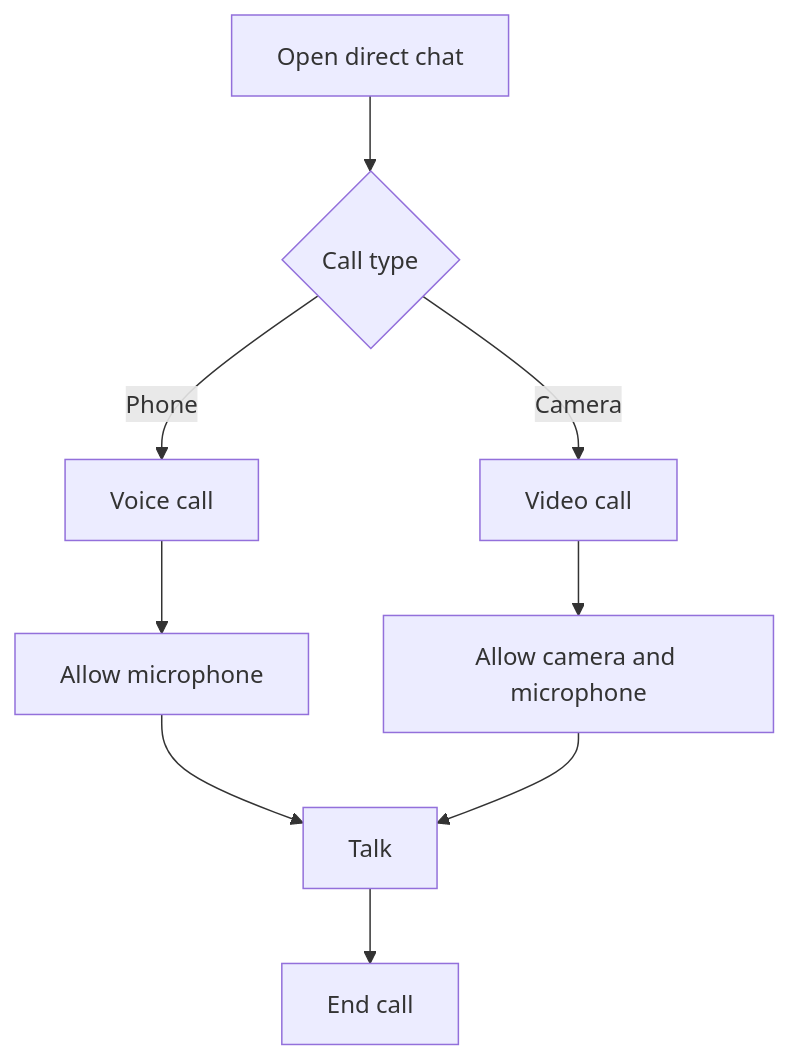
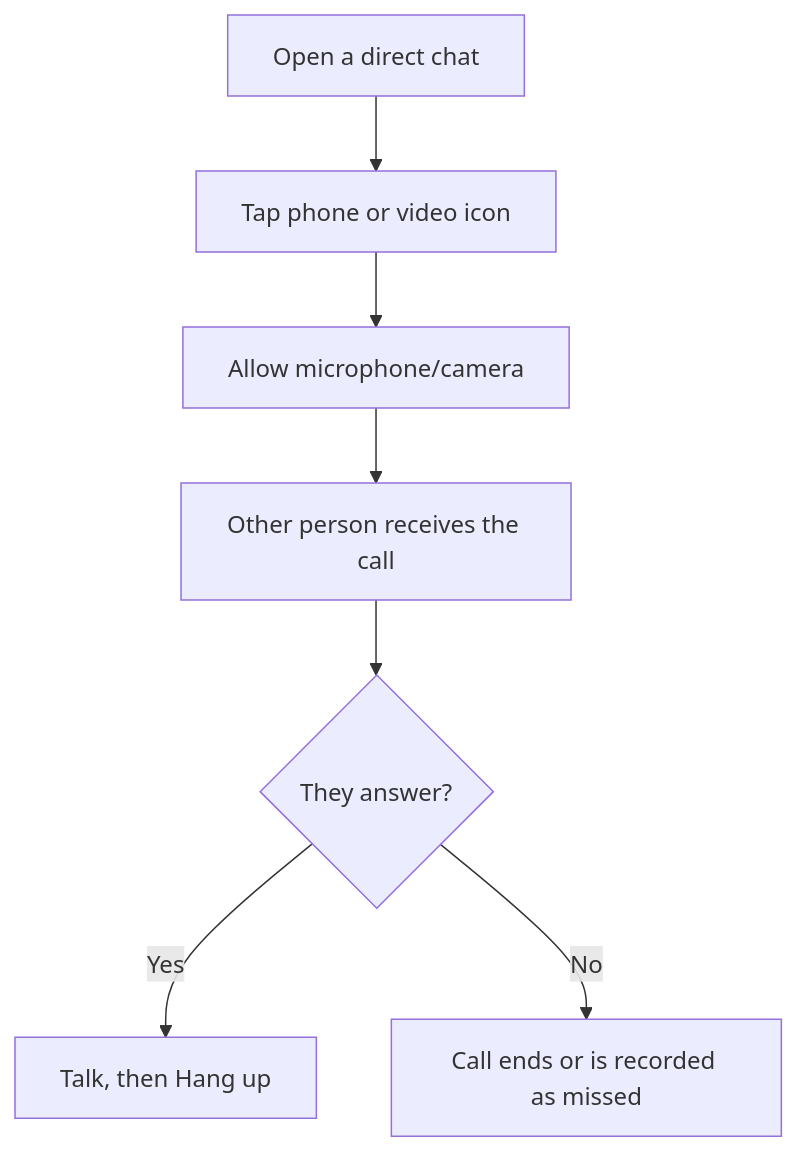
The second of 2 diagrams in docs/05_Simple_User_Manual.md (Simmyt3r/JosChat), drawn with Mermaid before and after one commit. The commit also changed other lines of this file, not shown here.

Commit message:
Rewrite Joschat user manual as detailed beginner walkthrough with diagrams and troubleshooting

````diff
--- a/docs/05_Simple_User_Manual.md
+++ b/docs/05_Simple_User_Manual.md
@@ -53,11 +196,9 @@
 ```mermaid
 flowchart TD
- C[Open direct chat] --> T{Call type}
- T -->|Phone| V[Voice call]
- T -->|Camera| W[Video call]
- V --> P[Allow microphone]
- W --> Q[Allow camera and microphone]
- P --> R[Talk]
- Q --> R
- R --> E[End call]
+ A["Open a direct chat"] --> B["Tap phone or video icon"]
+ B --> C["Allow microphone/camera"]
+ C --> D["Other person receives the call"]
+ D --> E{"They answer?"}
+ E -->|Yes| F["Talk, then Hang up"]
+ E -->|No| G["Call ends or is recorded as missed"]
 ```
````
